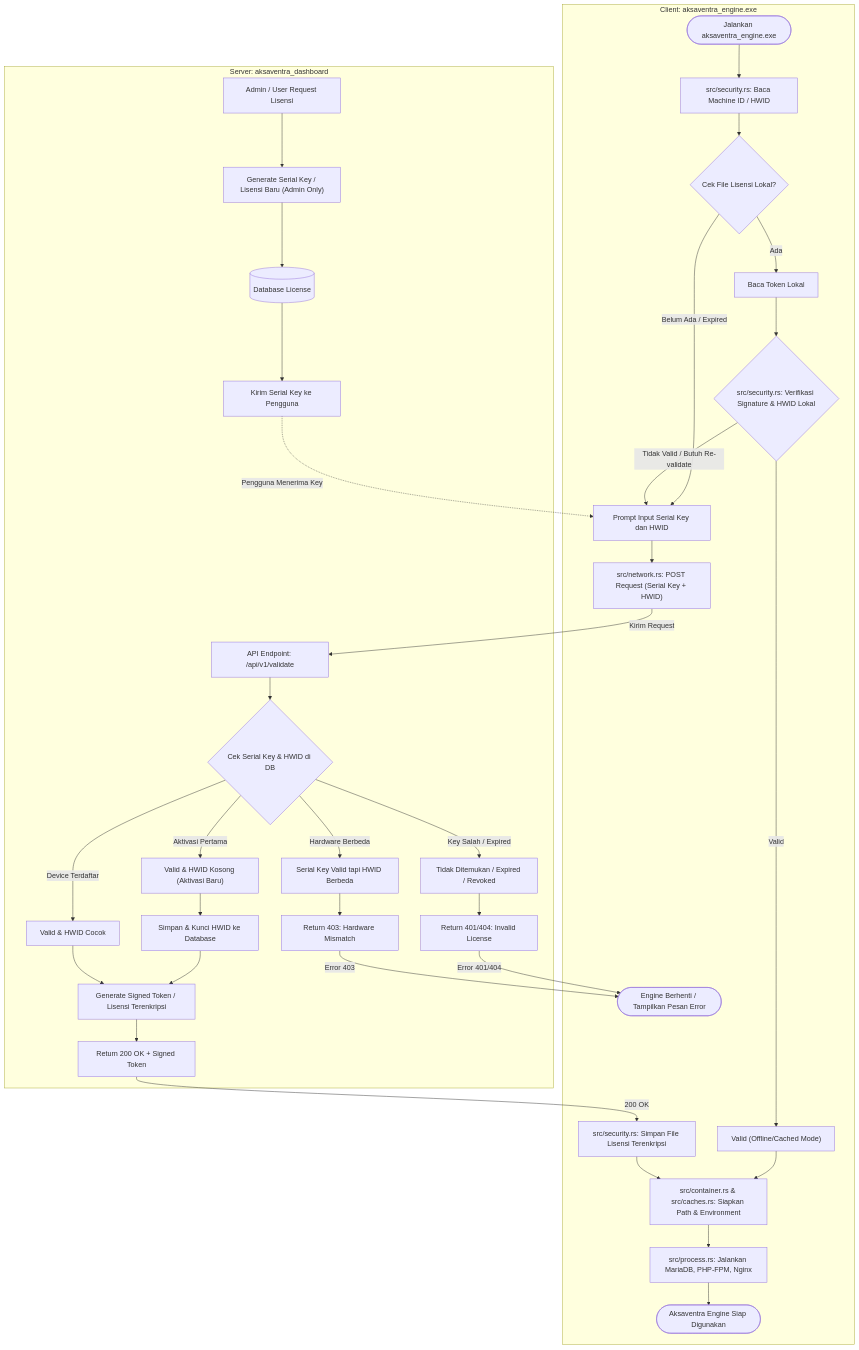
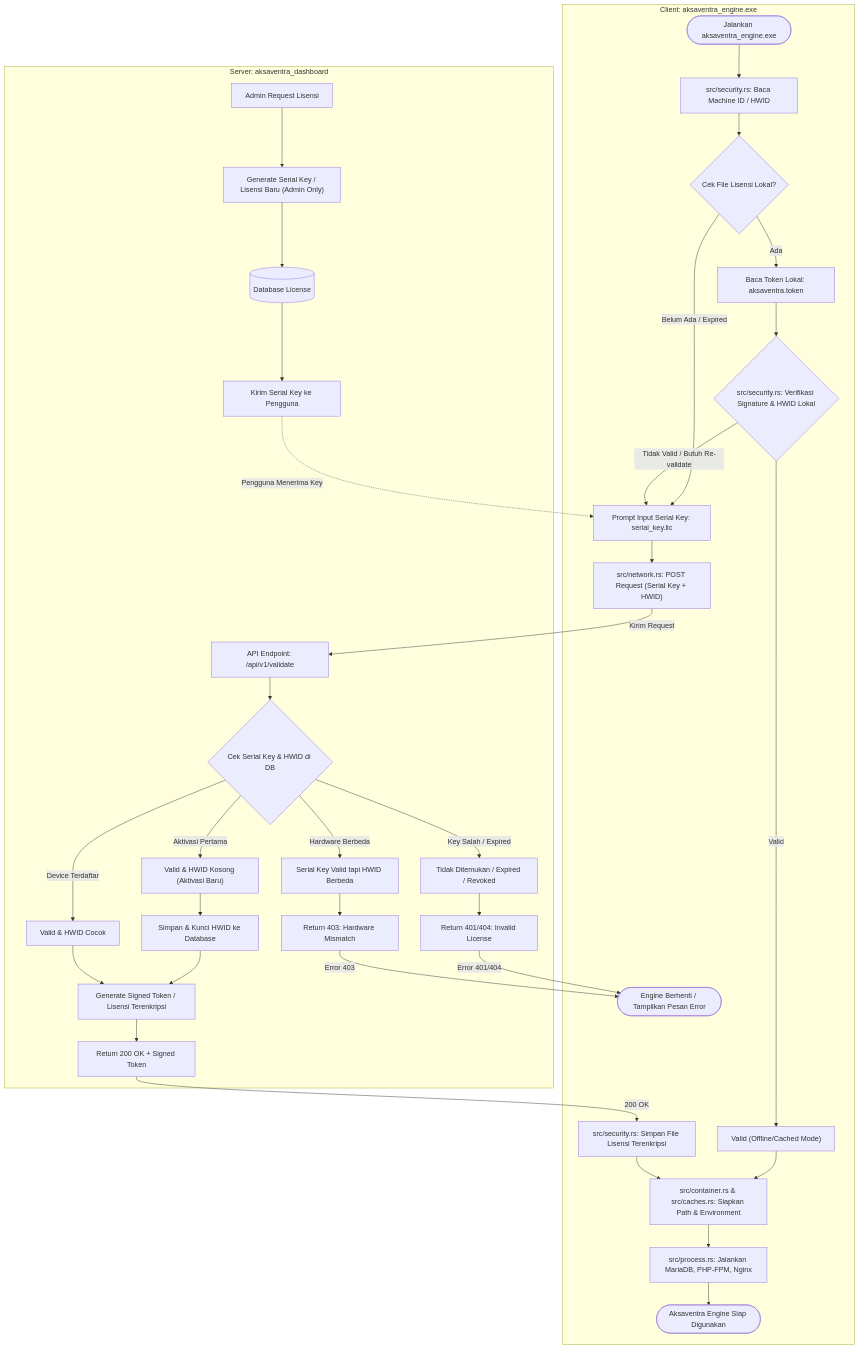
The diagram in PLANNING.md (cybertank378/aksaventra_dashboard), drawn with Mermaid before and after one commit. The commit also changed other lines of this file and 3 other files, not shown here.

```diff
--- a/PLANNING.md
+++ b/PLANNING.md
@@ -23,10 +21,10 @@
         C_Start([Jalankan aksaventra_engine.exe])
         C_ReadHWID["src/security.rs: Baca Machine ID / HWID"]
         C_CheckLocal{"Cek File Lisensi Lokal?"}
-        C_ReadLocalToken["Baca Token Lokal"]
+        C_ReadLocalToken["Baca Token Lokal: aksaventra.token"]
         C_VerifySig{"src/security.rs: Verifikasi Signature & HWID Lokal"}
         C_OfflineValid["Valid (Offline/Cached Mode)"]
-        C_PromptKey["Prompt Input Serial Key dan HWID"]
+        C_PromptKey["Prompt Input Serial Key: serial_key.lic"]
         C_PostValidate["src/network.rs: POST Request (Serial Key + HWID)"]
         C_SaveLicense["src/security.rs: Simpan File Lisensi Terenkripsi"]
         C_SetupEnv["src/container.rs & src/caches.rs: Siapkan Path & Environment"]
@@ -38,7 +36,7 @@
     %% SUBGRAPH SERVER
     subgraph Server ["Server: aksaventra_dashboard"]
         %% Alur Admin
-        S_AdminReq["Admin / User Request Lisensi"]
+        S_AdminReq["Admin Request Lisensi"]
         S_GenKey["Generate Serial Key / Lisensi Baru (Admin Only)"]
         S_DB[(Database License)]
         S_SendKey["Kirim Serial Key ke Pengguna"]
```
